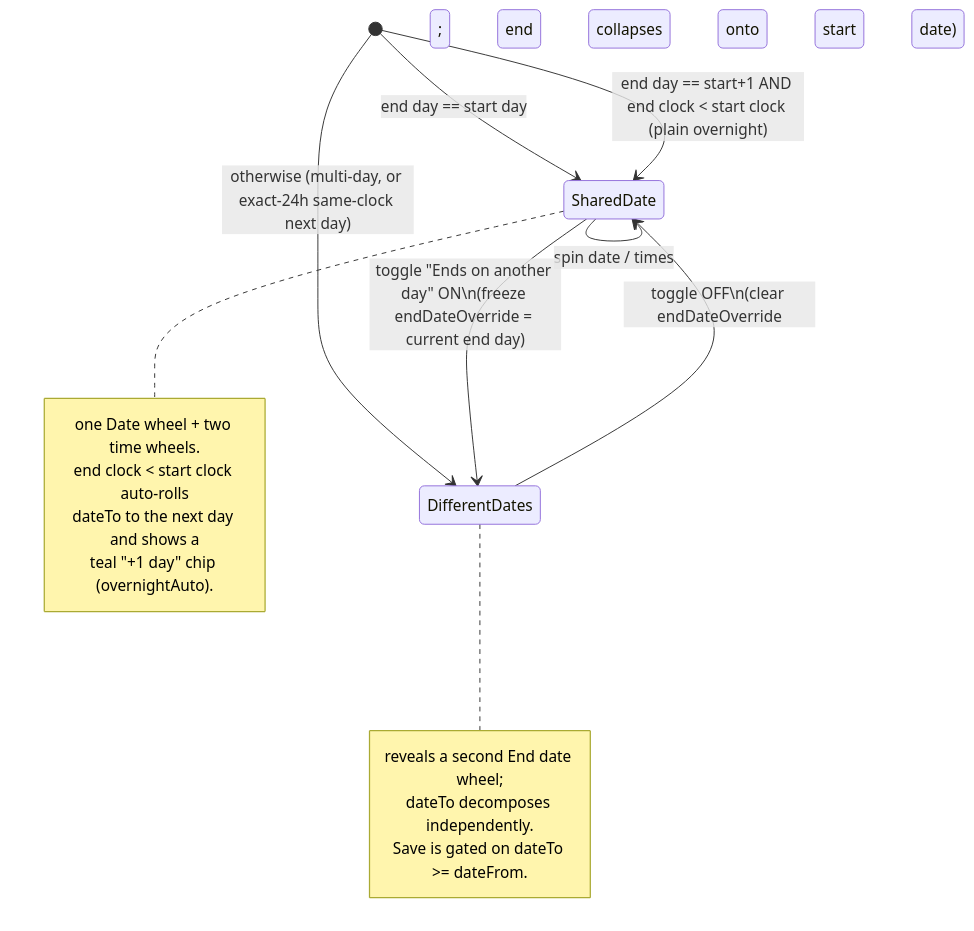
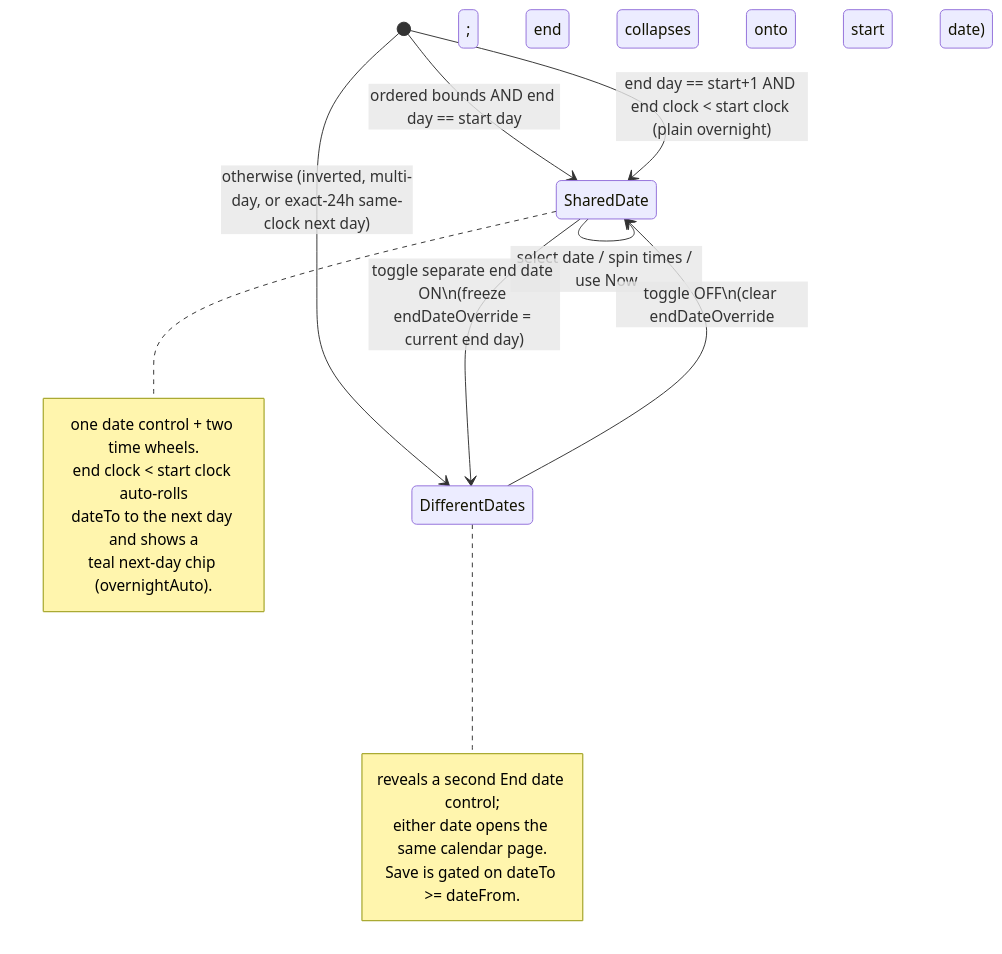
The sixth of 8 diagrams in lib/features/journal/README.md (matthiasn/lotti), drawn with Mermaid before and after one commit. The commit also changed other lines of this file and 45 other files, not shown here.

Commit message:
feat: redesign date and time pickers (#3460)

````diff
--- a/lib/features/journal/README.md
+++ b/lib/features/journal/README.md
@@ -223,22 +242,22 @@
 ```mermaid
 stateDiagram-v2
-    [*] --> SharedDate: end day == start day
+    [*] --> SharedDate: ordered bounds AND end day == start day
     [*] --> SharedDate: end day == start+1 AND end clock < start clock (plain overnight)
-    [*] --> DifferentDates: otherwise (multi-day, or exact-24h same-clock next day)
+    [*] --> DifferentDates: otherwise (inverted, multi-day, or exact-24h same-clock next day)
 
-    SharedDate --> SharedDate: spin date / times
+    SharedDate --> SharedDate: select date / spin times / use Now
     note right of SharedDate
-      one Date wheel + two time wheels.
+      one date control + two time wheels.
       end clock < start clock auto-rolls
       dateTo to the next day and shows a
-      teal "+1 day" chip (overnightAuto).
+      teal next-day chip (overnightAuto).
     end note
 
-    SharedDate --> DifferentDates: toggle "Ends on another day" ON\n(freeze endDateOverride = current end day)
+    SharedDate --> DifferentDates: toggle separate end date ON\n(freeze endDateOverride = current end day)
     DifferentDates --> SharedDate: toggle OFF\n(clear endDateOverride; end collapses onto start date)
     note right of DifferentDates
-      reveals a second End date wheel;
-      dateTo decomposes independently.
+      reveals a second End date control;
+      either date opens the same calendar page.
       Save is gated on dateTo >= dateFrom.
     end note
 ```
````
